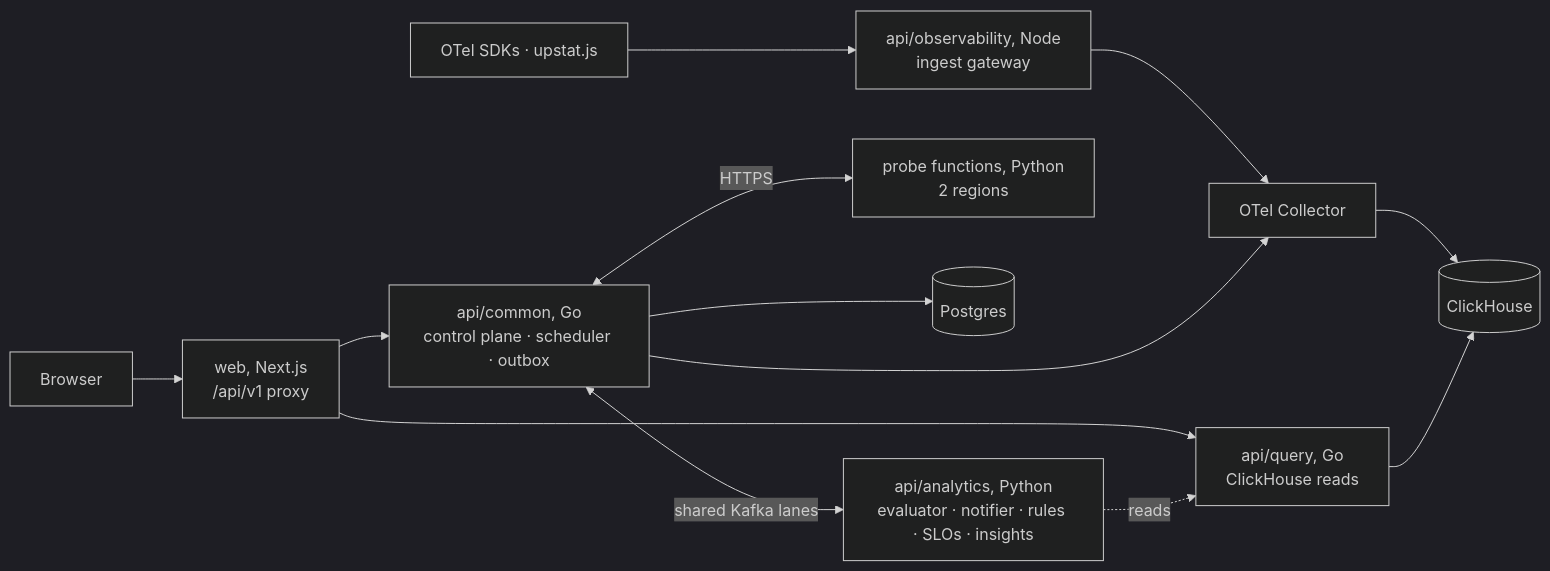
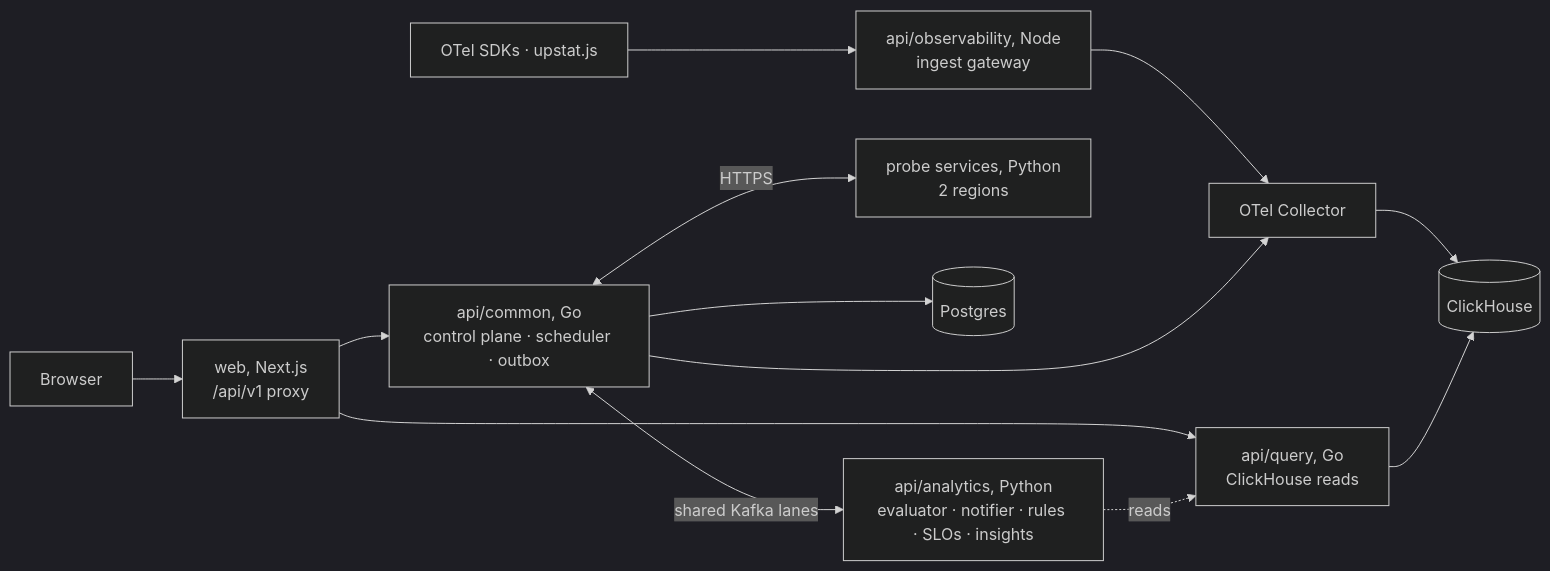
Before and after one commit to cuesoftinc/upstat: the diagram in README.md, drawn with Mermaid (dark theme). The commit also changed other lines of this file and 5 other files, not shown here.

````diff
--- a/README.md
+++ b/README.md
@@ -26,14 +26,14 @@
 ```mermaid
 flowchart LR
     BR[Browser] --> WEB[web, Next.js<br/>/api/v1 proxy]
     SDK[OTel SDKs · upstat.js] --> GW[api/observability, Node<br/>ingest gateway]
     WEB --> AC[api/common, Go<br/>control plane · scheduler · outbox]
     WEB --> Q[api/query, Go<br/>ClickHouse reads]
-    AC <-->|HTTPS| PR[probe functions, Python<br/>2 regions]
+    AC <-->|HTTPS| PR[probe services, Python<br/>2 regions]
     AC --> PG[(Postgres)]
     AC <-->|shared Kafka lanes| AN[api/analytics, Python<br/>evaluator · notifier · rules · SLOs · insights]
     GW --> COL[OTel Collector] --> CH[(ClickHouse)]
     AC --> COL
     Q --> CH
     AN -. reads .-> Q
 ```
````
